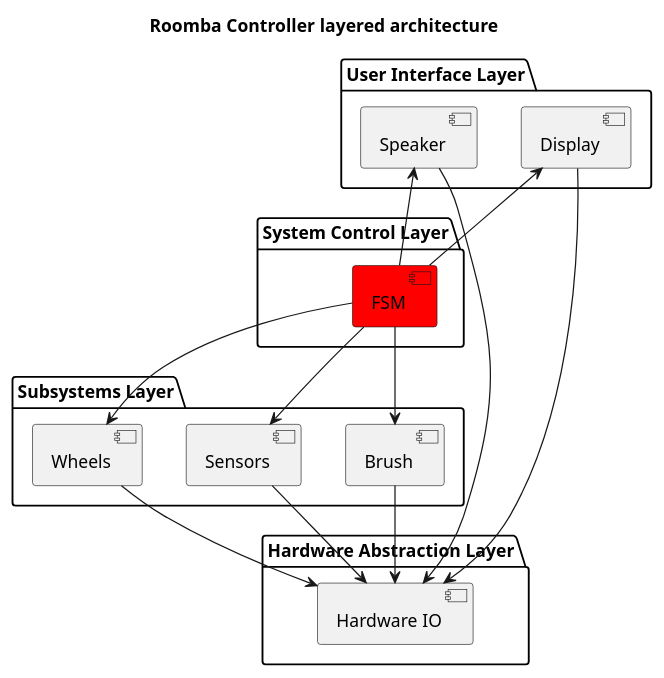
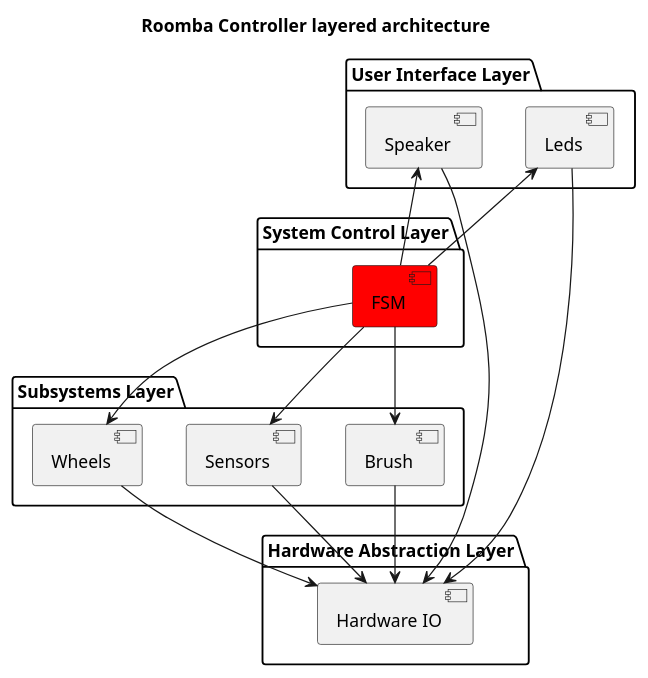
Before and after one commit to VvWijhe/Cleanify: the diagram in UML/layered_architecture.puml, drawn with PlantUML. The commit also changed 8 other files, not shown here.

Commit message:
uml diagrams added

```diff
--- a/UML/layered_architecture.puml
+++ b/UML/layered_architecture.puml
@@ -1,35 +1,35 @@
 @startuml
 
 title Roomba Controller layered architecture
 
 package "User Interface Layer" {
-  [Display]
+  [Leds]
   [Speaker]
 }
 
 package "System Control Layer" {
   [FSM] #red
 }
 
 package "Subsystems Layer" {
   [Wheels]
   [Brush]
   [Sensors]
 }
 
 package "Hardware Abstraction Layer" {
   [Hardware IO]
 }
 
 [FSM] -down-> [Wheels]
 [FSM] -down-> [Brush]
 [FSM] -down-> [Sensors]
-[FSM] -up-> [Display]
+[FSM] -up-> [Leds]
 [FSM] -up-> [Speaker]
-[Display] --> [Hardware IO]
+[Leds] --> [Hardware IO]
 [Wheels] --> [Hardware IO]
 [Brush] --> [Hardware IO]
 [Sensors] --> [Hardware IO]
 [Speaker] --> [Hardware IO]
 
 @enduml
```
